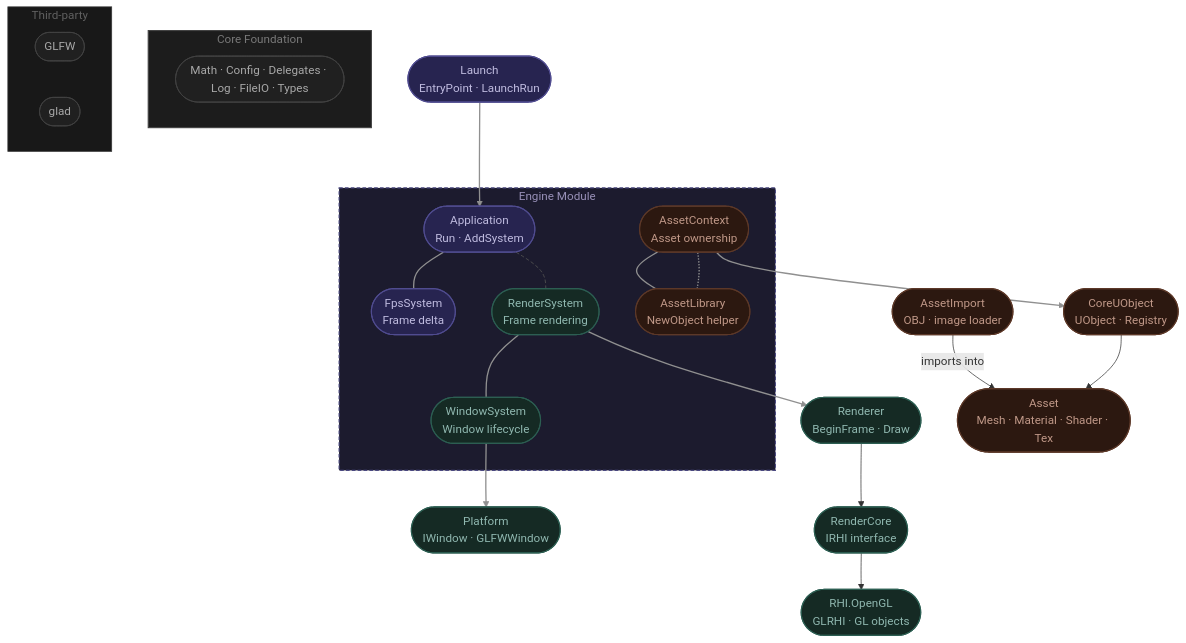
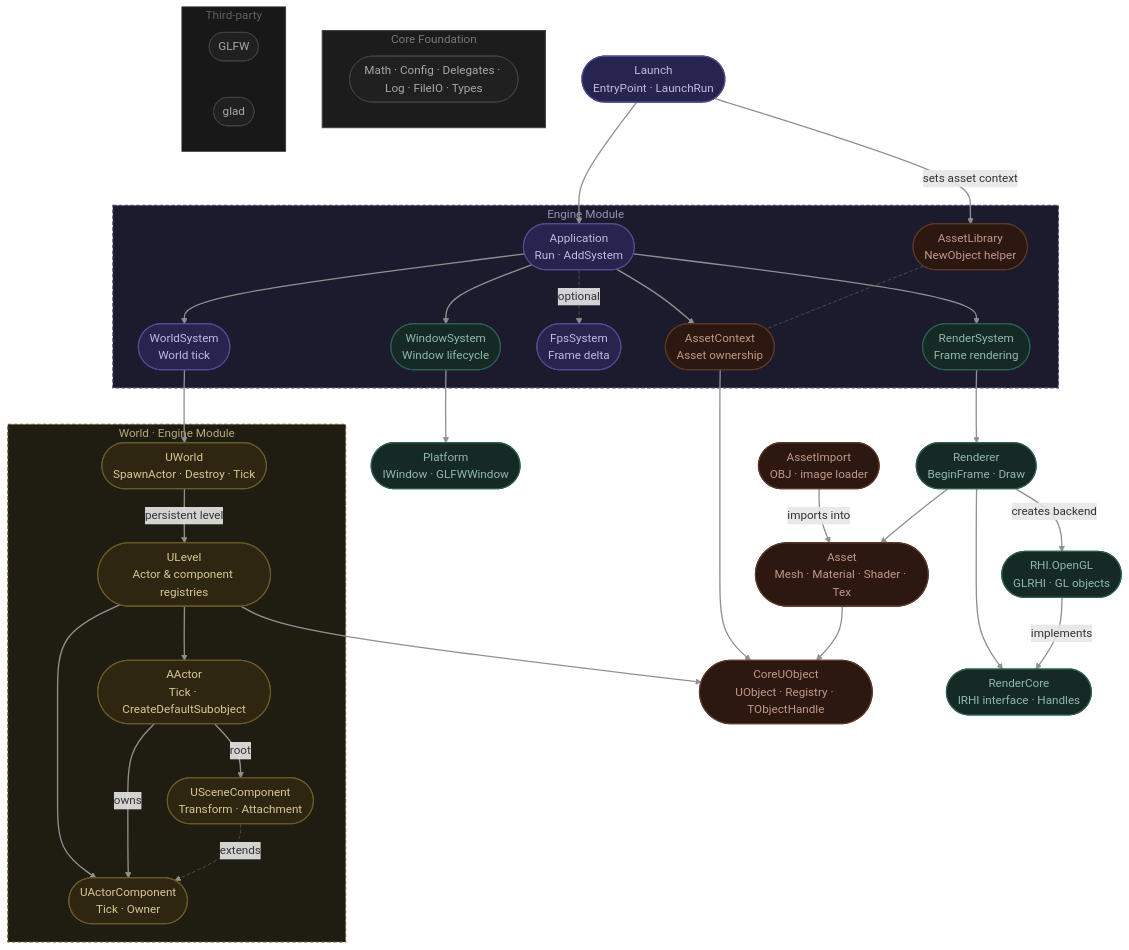
Before and after one commit to ShotaKhakhishvili/KIU_ClubEngine: the diagram in README.md, drawn with Mermaid.

````diff
--- a/README.md
+++ b/README.md
@@ -12,24 +12,29 @@
 
     subgraph EngineModule["  Engine Module  "]
         Application(["Application<br/>Run · AddSystem"])
+        AssetLibrary(["AssetLibrary<br/>NewObject helper"])
+        WorldSystem(["WorldSystem<br/>World tick"])
+        WindowSystem(["WindowSystem<br/>Window lifecycle"])
         FpsSystem(["FpsSystem<br/>Frame delta"])
+        AssetContext(["AssetContext<br/>Asset ownership"])
         RenderSystem(["RenderSystem<br/>Frame rendering"])
-        WindowSystem(["WindowSystem<br/>Window lifecycle"])
-        AssetContext(["AssetContext<br/>Asset ownership"])
-        AssetLibrary(["AssetLibrary<br/>NewObject helper"])
 
-        Application  ~~~ FpsSystem
-        Application  ~~~ RenderSystem
-        RenderSystem ~~~ WindowSystem
-        AssetContext ~~~ AssetLibrary
     end
 
-    CoreUObject(["CoreUObject<br/>UObject · Registry"])
+    subgraph WorldLayer["  World · Engine Module  "]
+        UWorld(["UWorld<br/>SpawnActor · Destroy · Tick"])
+        ULevel(["ULevel<br/>Actor & component registries"])
+        AActor(["AActor<br/>Tick · CreateDefaultSubobject"])
+        UActorComponent(["UActorComponent<br/>Tick · Owner"])
+        USceneComponent(["USceneComponent<br/>Transform · Attachment"])
+    end
+
+    CoreUObject(["CoreUObject<br/>UObject · Registry · TObjectHandle"])
     Renderer(["Renderer<br/>BeginFrame · Draw"])
     Platform(["Platform<br/>IWindow · GLFWWindow"])
     Asset(["Asset<br/>Mesh · Material · Shader · Tex"])
     AssetImport(["AssetImport<br/>OBJ · image loader"])
-    RenderCore(["RenderCore<br/>IRHI interface"])
+    RenderCore(["RenderCore<br/>IRHI interface · Handles"])
     RHI_OpenGL(["RHI.OpenGL<br/>GLRHI · GL objects"])
 
     subgraph CoreFoundation["  Core Foundation  "]
@@ -42,30 +47,52 @@
         glad(["glad"])
     end
 
-    Launch        -->  Application
-    AssetContext  -.-  AssetLibrary
-    AssetContext  -->  CoreUObject
-    RenderSystem  -->  Renderer
-    WindowSystem  -->  Platform
-    CoreUObject   -->  Asset
-    AssetImport   -->|imports into| Asset
-    Renderer      -->  RenderCore
-    RenderCore    -->  RHI_OpenGL
+    Launch --> Application
+    Launch -->|sets asset context| AssetLibrary
+    Application --> WorldSystem
+    Application --> WindowSystem
+    Application -.->|optional| FpsSystem
+    Application --> AssetContext
+    Application --> RenderSystem
+    AssetLibrary -.- AssetContext
 
-    linkStyle 0,2,3,4,5,6,7,8 stroke:#909090,stroke-width:1.8px
-    linkStyle 1 stroke:#505050,stroke-width:1.2px,stroke-dasharray:5 3
+    WindowSystem --> Platform
+    RenderSystem --> Renderer
+    WorldSystem --> UWorld
+
+    UWorld -->|persistent level| ULevel
+    ULevel --> AActor
+    ULevel --> UActorComponent
+    AActor -->|owns| UActorComponent
+    AActor -->|root| USceneComponent
+    USceneComponent -.->|extends| UActorComponent
+
+    ULevel --> CoreUObject
+    AssetContext --> CoreUObject
+    Asset --> CoreUObject
+    AssetImport -->|imports into| Asset
+    Renderer --> Asset
+    Renderer --> RenderCore
+    Renderer -->|creates backend| RHI_OpenGL
+    RHI_OpenGL -->|implements| RenderCore
+
+    linkStyle default stroke:#909090,stroke-width:1.8px
+    linkStyle 4,7,16 stroke:#505050,stroke-width:1.2px,stroke-dasharray:5 3
 
     style EngineModule   fill:#1c1b2e,stroke:#4a4880,stroke-width:1.5px,stroke-dasharray:5 3,color:#9890b8
+    style WorldLayer     fill:#1f1c12,stroke:#6a5a28,stroke-width:1.5px,stroke-dasharray:5 3,color:#b8a878
     style CoreFoundation fill:#1c1c1c,stroke:#424242,stroke-width:1.5px,color:#787878
     style ThirdParty     fill:#181818,stroke:#383838,stroke-width:1px,color:#606060
 
     classDef orchestration fill:#272450,stroke:#504c90,stroke-width:1.5px,color:#c0bce0
     classDef runtime       fill:#152a24,stroke:#2c5e52,stroke-width:1.5px,color:#90b8b0
     classDef asset         fill:#2c1810,stroke:#5c3828,stroke-width:1.5px,color:#c09888
+    classDef world         fill:#2e2610,stroke:#6a5a28,stroke-width:1.5px,color:#d8c898
     classDef foundation    fill:#202020,stroke:#444444,stroke-width:1px,color:#a8a8a8
 
-    class Launch,Application,FpsSystem orchestration
+    class Launch,Application,FpsSystem,WorldSystem orchestration
     class RenderSystem,WindowSystem,Renderer,Platform,RenderCore,RHI_OpenGL runtime
     class AssetContext,AssetLibrary,CoreUObject,Asset,AssetImport asset
+    class UWorld,ULevel,AActor,UActorComponent,USceneComponent world
     class Core,GLFW,glad foundation
 ```
````
